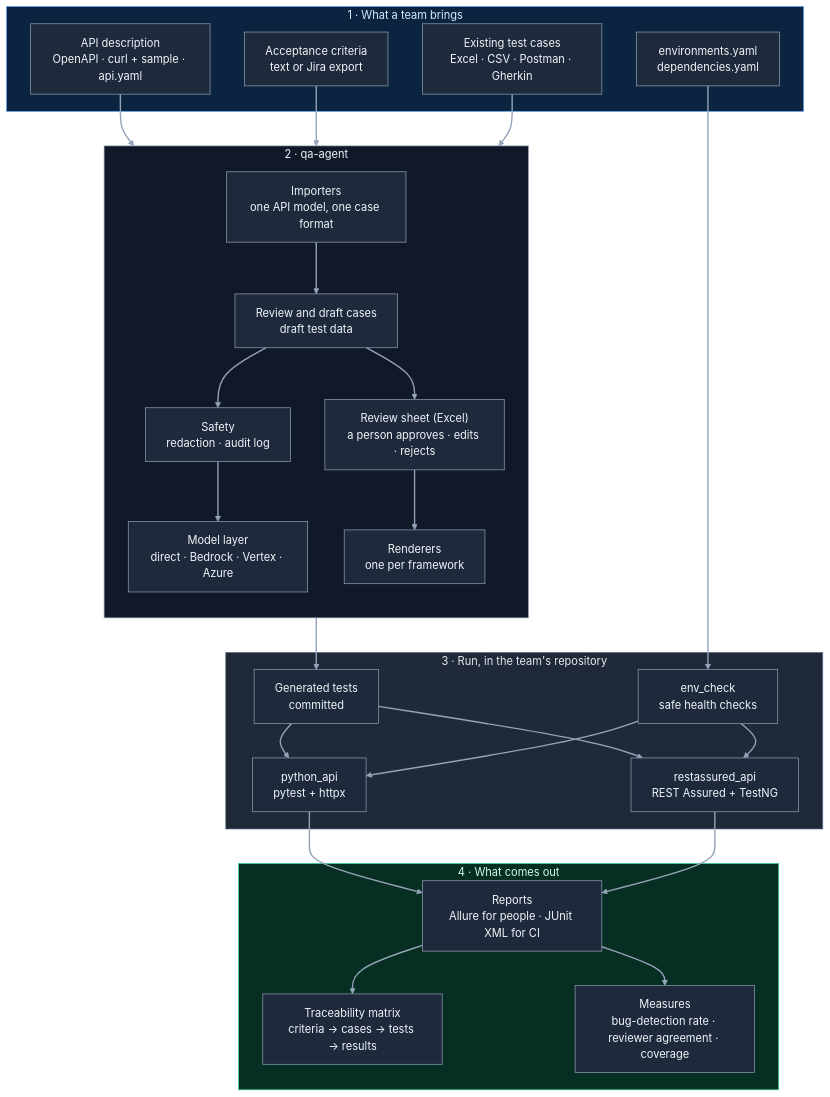
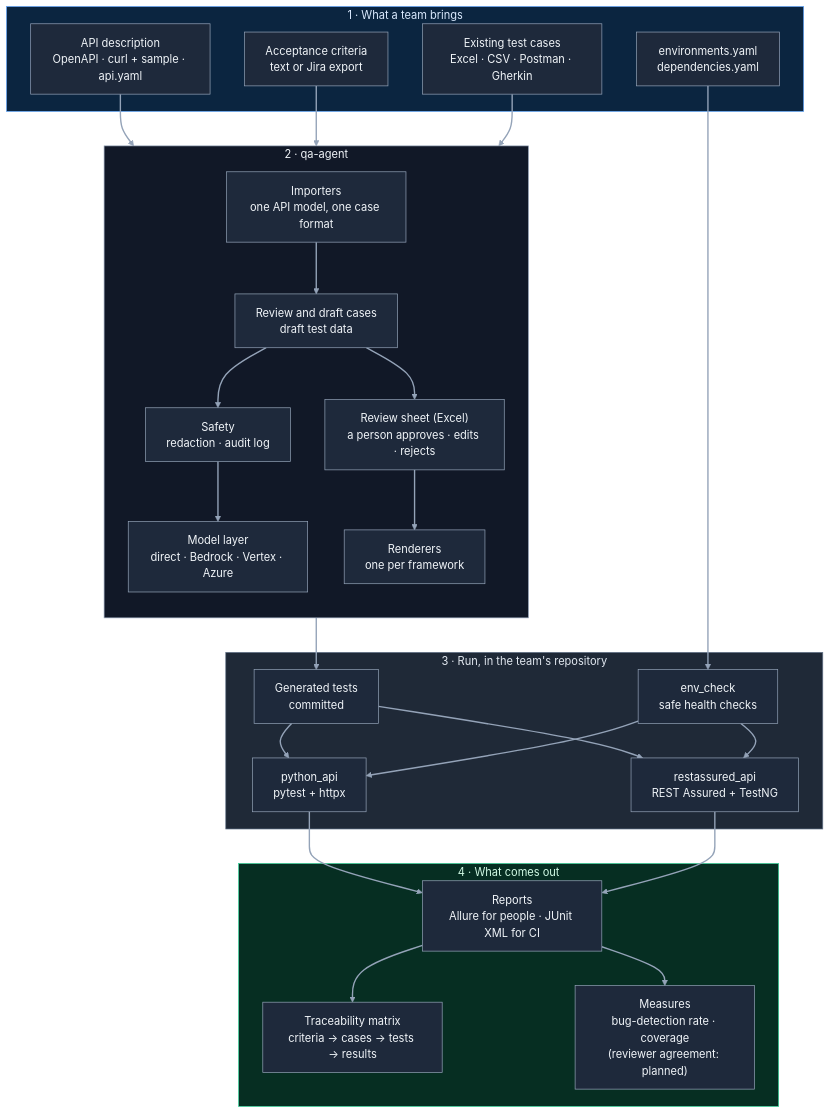
The second of 5 diagrams in docs/architecture.md (rahulsharma-qe/api-qa-agent), drawn with Mermaid before and after one commit. The commit also changed other lines of this file and 18 other files, not shown here.

````diff
--- a/docs/architecture.md
+++ b/docs/architecture.md
@@ -87,54 +89,54 @@
 ```mermaid
 flowchart TB
   subgraph TEAM["1 · What a team brings"]
     SPEC["API description<br/>OpenAPI · curl + sample · api.yaml"]
     AC["Acceptance criteria<br/>text or Jira export"]
     OLD["Existing test cases<br/>Excel · CSV · Postman · Gherkin"]
     ENVF["environments.yaml<br/>dependencies.yaml"]
   end
   subgraph AGENT["2 · qa-agent"]
     direction TB
     IMP["Importers<br/>one API model, one case format"]
     DRAFT["Review and draft cases<br/>draft test data"]
     SAFE["Safety<br/>redaction · audit log"]
     MODEL["Model layer<br/>direct · Bedrock · Vertex · Azure"]
     REVIEW["Review sheet (Excel)<br/>a person approves · edits · rejects"]
     REN["Renderers<br/>one per framework"]
   end
   subgraph RUN["3 · Run, in the team's repository"]
     GEN["Generated tests<br/>committed"]
     EC["env_check<br/>safe health checks"]
     FWP["python_api<br/>pytest + httpx"]
     FWJ["restassured_api<br/>REST Assured + TestNG"]
   end
   subgraph OUT["4 · What comes out"]
     REP["Reports<br/>Allure for people · JUnit XML for CI"]
     TRACE["Traceability matrix<br/>criteria → cases → tests → results"]
-    MEAS["Measures<br/>bug-detection rate · reviewer agreement · coverage"]
+    MEAS["Measures<br/>bug-detection rate · coverage<br/>(reviewer agreement: planned)"]
   end
   SPEC --> IMP
   AC --> IMP
   OLD --> IMP
   IMP --> DRAFT
   DRAFT --> SAFE
   SAFE --> MODEL
   DRAFT --> REVIEW
   REVIEW --> REN
   REN --> GEN
   ENVF --> EC
   GEN --> FWP
   GEN --> FWJ
   EC --> FWP
   EC --> FWJ
   FWP --> REP
   FWJ --> REP
   REP --> TRACE
   REP --> MEAS
   classDef box fill:#1e293b,stroke:#94a3b8,color:#f1f5f9
   class SPEC,AC,OLD,ENVF,IMP,SAFE,MODEL,DRAFT,REVIEW,REN,FWP,FWJ,EC,GEN,REP,TRACE,MEAS box
   style TEAM fill:#0b2540,stroke:#60a5fa,color:#dbeafe
   style AGENT fill:#111827,stroke:#94a3b8,color:#f1f5f9
   style RUN fill:#1f2937,stroke:#64748b,color:#e2e8f0
   style OUT fill:#062e22,stroke:#34d399,color:#d1fae5
   linkStyle default stroke:#94a3b8,stroke-width:2px
 ```
````
